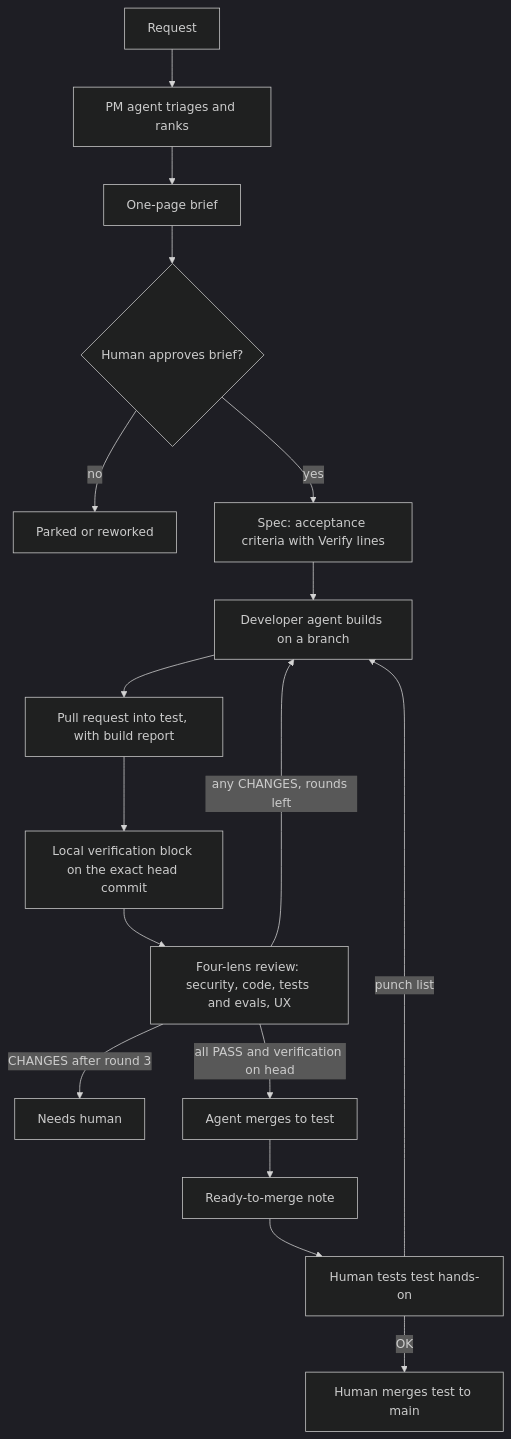
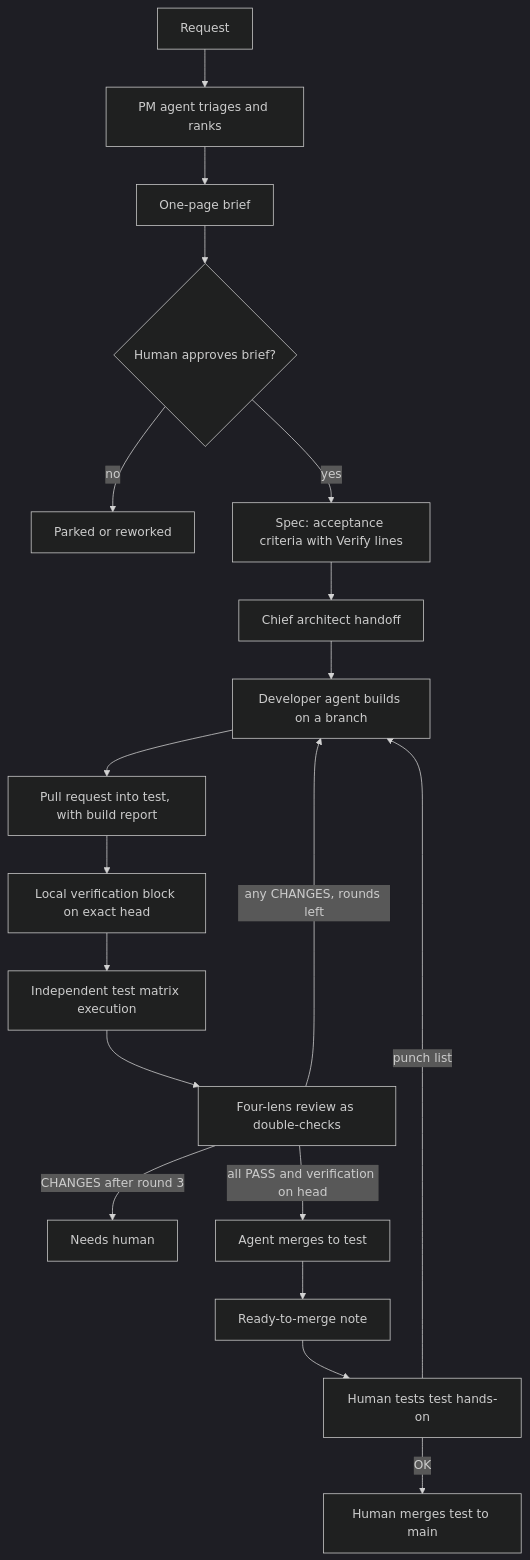
The diagram in docs/process.md (goldvalleysolutions/gvs-factory), drawn with Mermaid (dark theme) before and after one commit. The commit also changed other lines of this file and 6 other files, not shown here.

First line of the commit message:
Add factory flow templates and update process documentation

````diff
--- a/docs/process.md
+++ b/docs/process.md
@@ -26,19 +26,21 @@
 ```mermaid
 flowchart TD
   A[Request] --> B[PM agent triages and ranks]
   B --> C[One-page brief]
   C --> D{Human approves brief?}
   D -- no --> P[Parked or reworked]
   D -- yes --> E[Spec: acceptance criteria with Verify lines]
-  E --> F[Developer agent builds on a branch]
-  F --> G[Pull request into test, with build report]
-  G --> H[Local verification block on the exact head commit]
-  H --> I[Four-lens review: security, code, tests and evals, UX]
-  I -- any CHANGES, rounds left --> F
-  I -- CHANGES after round 3 --> N[Needs human]
-  I -- all PASS and verification on head --> J[Agent merges to test]
-  J --> K[Ready-to-merge note]
-  K --> L[Human tests test hands-on]
-  L -- punch list --> F
-  L -- OK --> M[Human merges test to main]
+  E --> F[Chief architect handoff]
+  F --> G[Developer agent builds on a branch]
+  G --> H[Pull request into test, with build report]
+  H --> I[Local verification block on exact head]
+  I --> J[Independent test matrix execution]
+  J --> K[Four-lens review as double-checks]
+  K -- any CHANGES, rounds left --> G
+  K -- CHANGES after round 3 --> N[Needs human]
+  K -- all PASS and verification on head --> L[Agent merges to test]
+  L --> M[Ready-to-merge note]
+  M --> O[Human tests test hands-on]
+  O -- punch list --> G
+  O -- OK --> Q[Human merges test to main]
 ```
````
